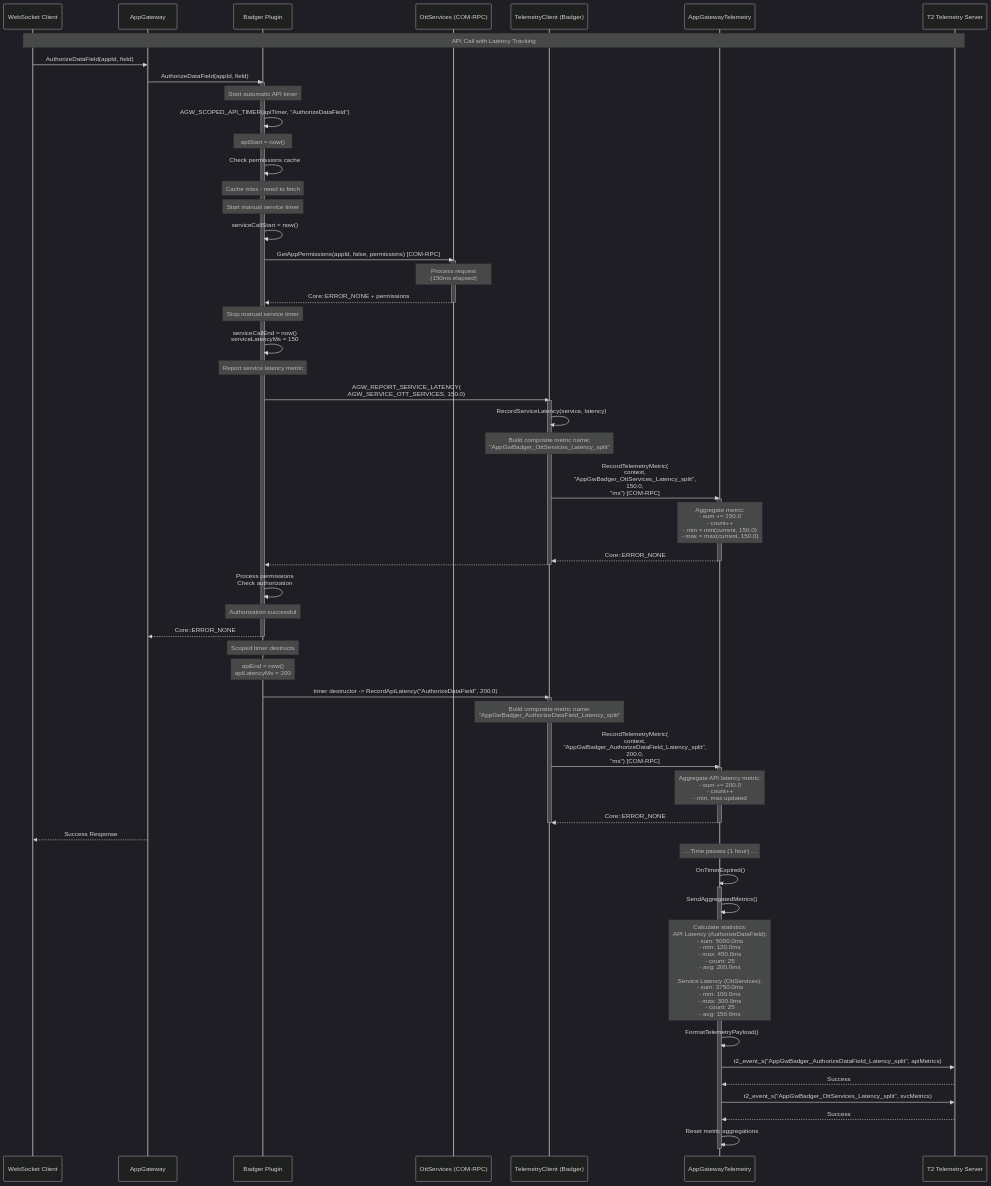
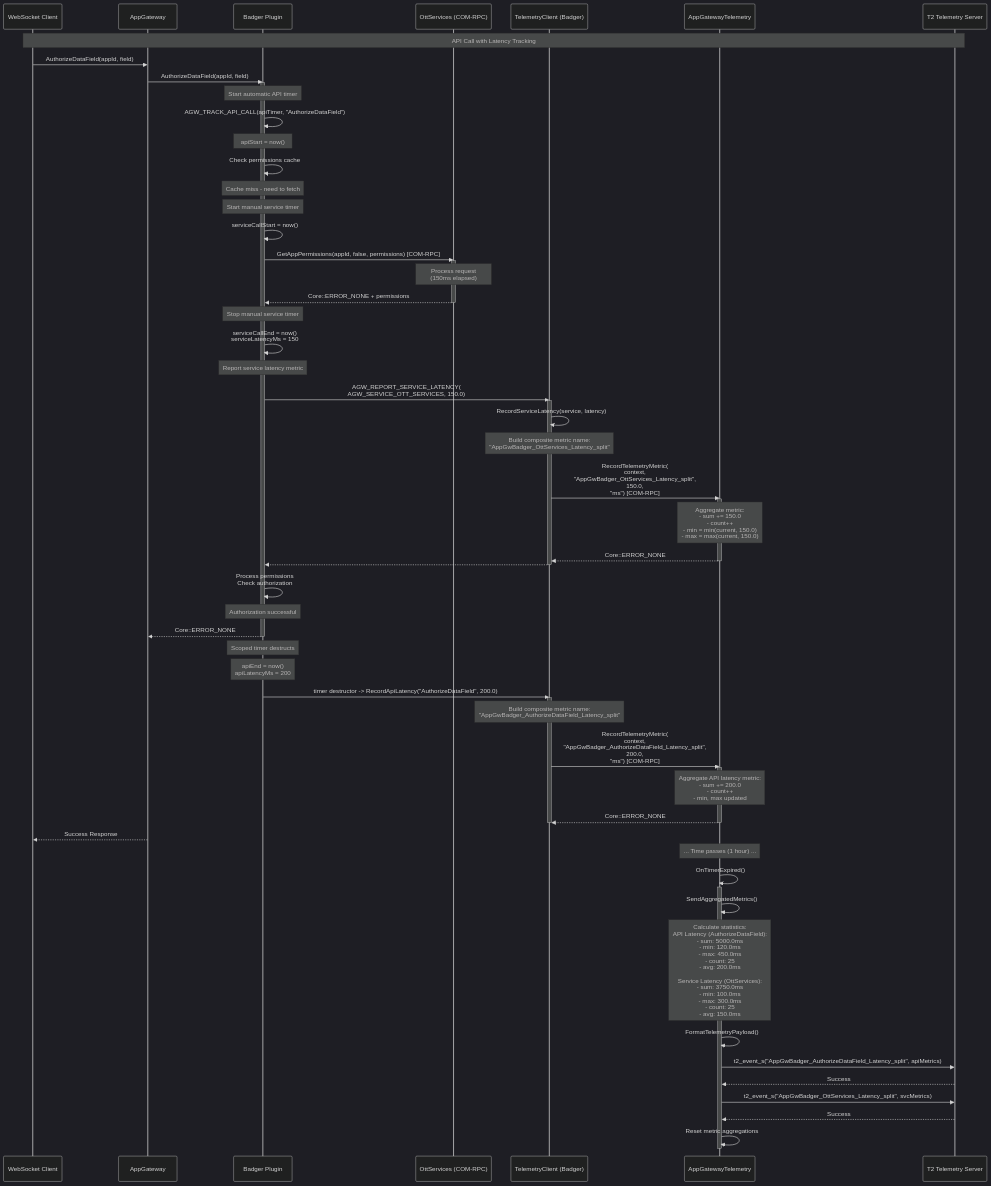
The diagram in AppGateway/docs/sequence-diagrams/05_Metric_Latency_Tracking.md (rdkcentral/entservices-appgateway), drawn with Mermaid (dark theme) before and after one commit. The commit also changed other lines of this file and 5 other files, not shown here.

```diff
--- a/AppGateway/docs/sequence-diagrams/05_Metric_Latency_Tracking.md
+++ b/AppGateway/docs/sequence-diagrams/05_Metric_Latency_Tracking.md
@@ -23,7 +23,7 @@
     activate Badger
     
     Note over Badger: Start automatic API timer
-    Badger->>Badger: AGW_SCOPED_API_TIMER(apiTimer, "AuthorizeDataField")
+    Badger->>Badger: AGW_TRACK_API_CALL(apiTimer, "AuthorizeDataField")
     Note over Badger: apiStart = now()
     
     Badger->>Badger: Check permissions cache
```
